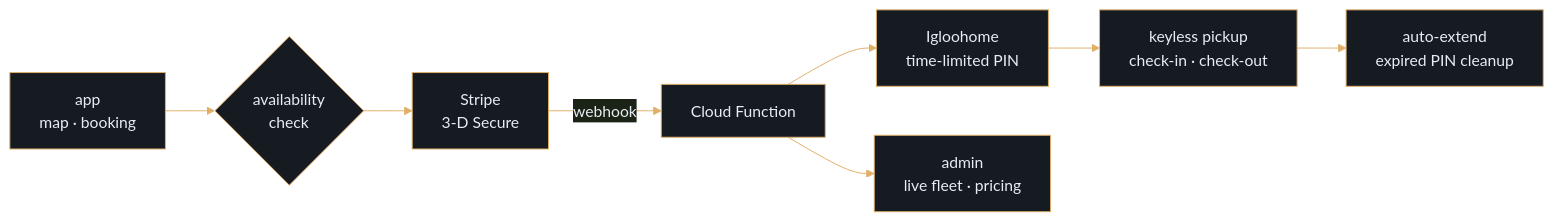
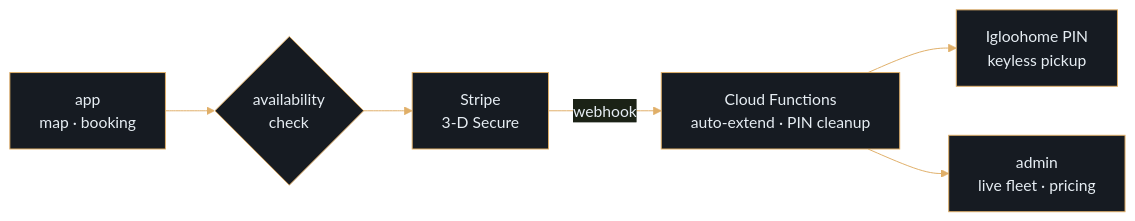
Before and after one commit to cufelix/cufelix: the first of 4 diagrams in README.md, drawn with Mermaid.

Commit message:
docs: compact Pripoj.to diagram

````diff
--- a/README.md
+++ b/README.md
@@ -57,11 +57,9 @@
 ```mermaid
 %%{init: {'theme':'base','themeVariables':{'primaryColor':'#161b22','primaryTextColor':'#e6edf3','primaryBorderColor':'#e0af68','lineColor':'#e0af68'}}}%%
 flowchart LR
     U[app<br/>map · booking] --> A{availability<br/>check}
     A --> S[Stripe<br/>3-D Secure]
-    S -- webhook --> F[Cloud Function]
-    F --> L[Igloohome<br/>time-limited PIN]
-    L --> K[keyless pickup<br/>check-in · check-out]
+    S -- webhook --> F[Cloud Functions<br/>auto-extend · PIN cleanup]
+    F --> L[Igloohome PIN<br/>keyless pickup]
     F --> M[admin<br/>live fleet · pricing]
-    K --> X[auto-extend<br/>expired PIN cleanup]
 ```
````
